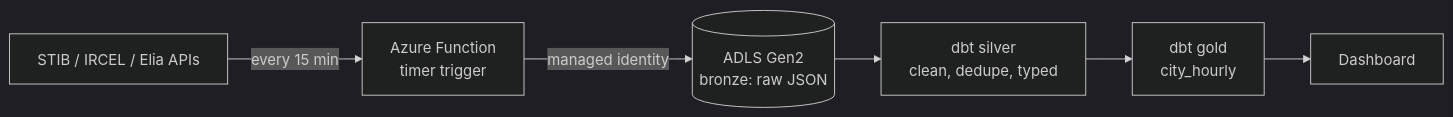
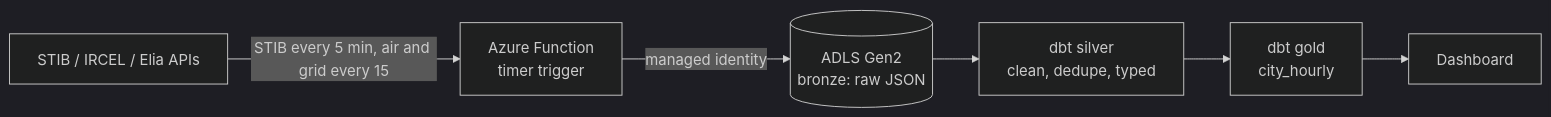
Before and after one commit to Huntsama/brussels-lakehouse: the diagram in README.md, drawn with Mermaid (dark theme). The commit also changed other lines of this file and 1 other file, not shown here.

````diff
--- a/README.md
+++ b/README.md
@@ -24,8 +26,8 @@
 ```mermaid
 flowchart LR
-  A[STIB / IRCEL / Elia APIs] -->|every 15 min| F[Azure Function<br/>timer trigger]
+  A[STIB / IRCEL / Elia APIs] -->|STIB every 5 min, air and grid every 15| F[Azure Function<br/>timer trigger]
   F -->|managed identity| B[(ADLS Gen2<br/>bronze: raw JSON)]
   B --> S[dbt silver<br/>clean, dedupe, typed]
   S --> G[dbt gold<br/>city_hourly]
   G --> D[Dashboard]
 ```
````
